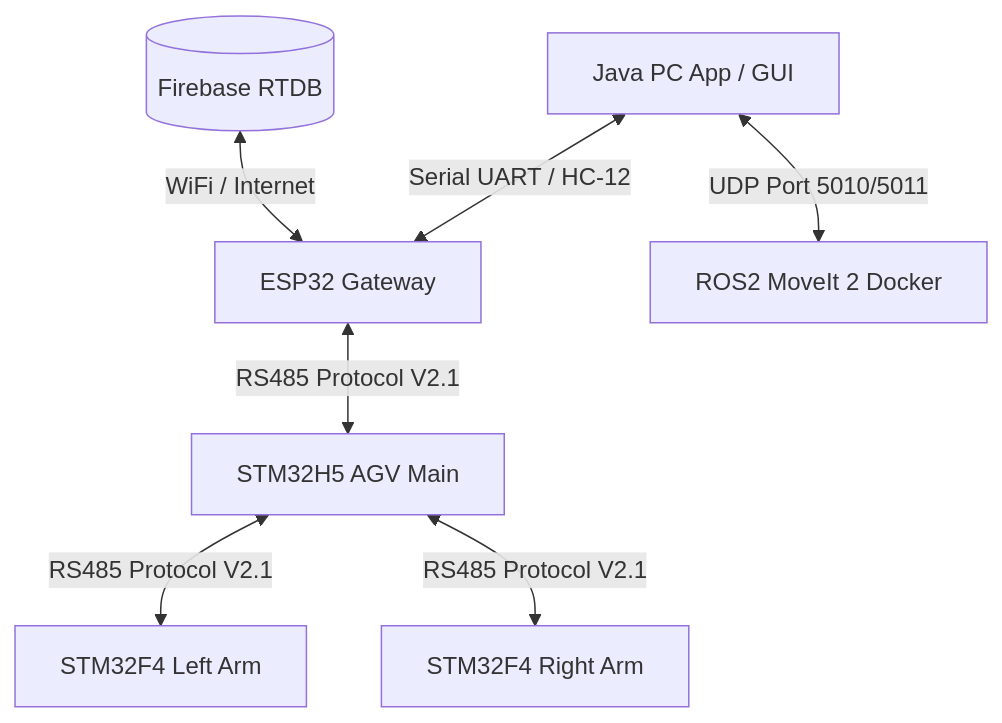
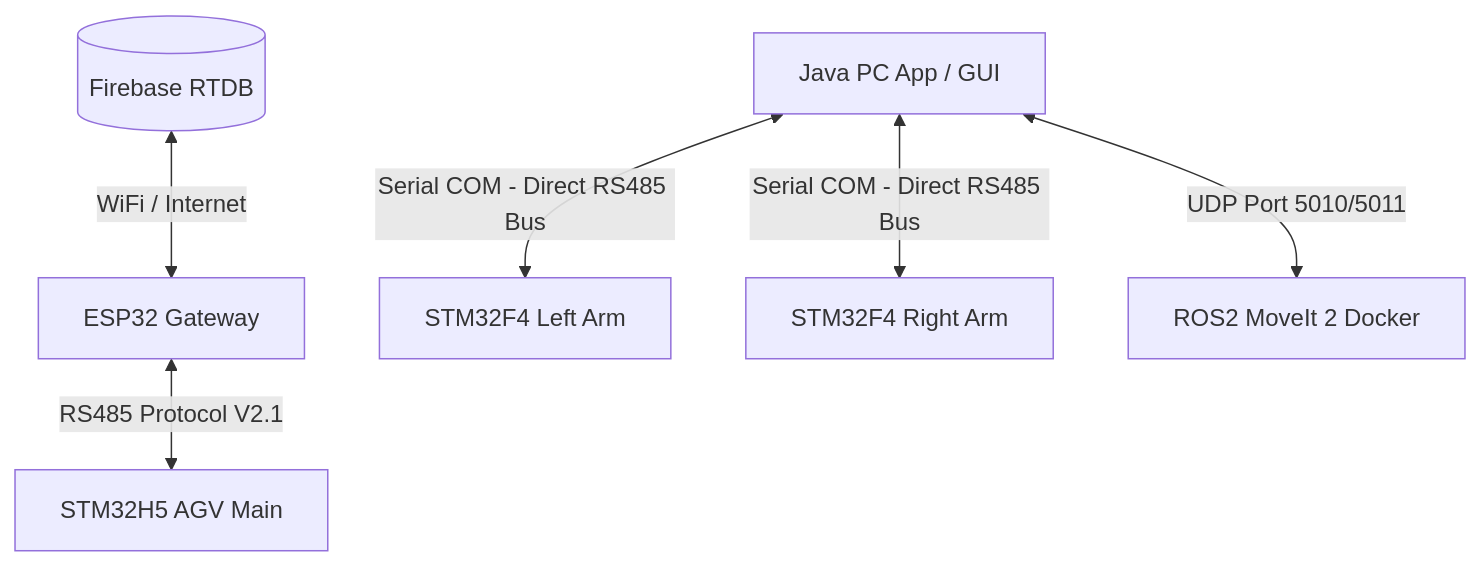
Before and after one commit to SuperDuu/agv_project: the diagram in AGV_ARM_SYSTEM_DATASHEET.md, drawn with Mermaid. The commit also changed other lines of this file, not shown here.

Commit message:
fix arm communication link

````diff
--- a/AGV_ARM_SYSTEM_DATASHEET.md
+++ b/AGV_ARM_SYSTEM_DATASHEET.md
@@ -15,9 +18,8 @@
 ```mermaid
 flowchart TD
     Firebase[(Firebase RTDB)] <-->|WiFi / Internet| ESP32[ESP32 Gateway]
-    PC_App[Java PC App / GUI] <-->|Serial UART / HC-12| ESP32
+    ESP32 <-->|RS485 Protocol V2.1| STM32_AGV[STM32H5 AGV Main]
+    PC_App[Java PC App / GUI] <-->|Serial COM - Direct RS485 Bus| Arm_L[STM32F4 Left Arm]
+    PC_App <-->|Serial COM - Direct RS485 Bus| Arm_R[STM32F4 Right Arm]
     PC_App <-->|UDP Port 5010/5011| ROS2[ROS2 MoveIt 2 Docker]
-    ESP32 <-->|RS485 Protocol V2.1| STM32_AGV[STM32H5 AGV Main]
-    STM32_AGV <-->|RS485 Protocol V2.1| Arm_L[STM32F4 Left Arm]
-    STM32_AGV <-->|RS485 Protocol V2.1| Arm_R[STM32F4 Right Arm]
 ```
````
